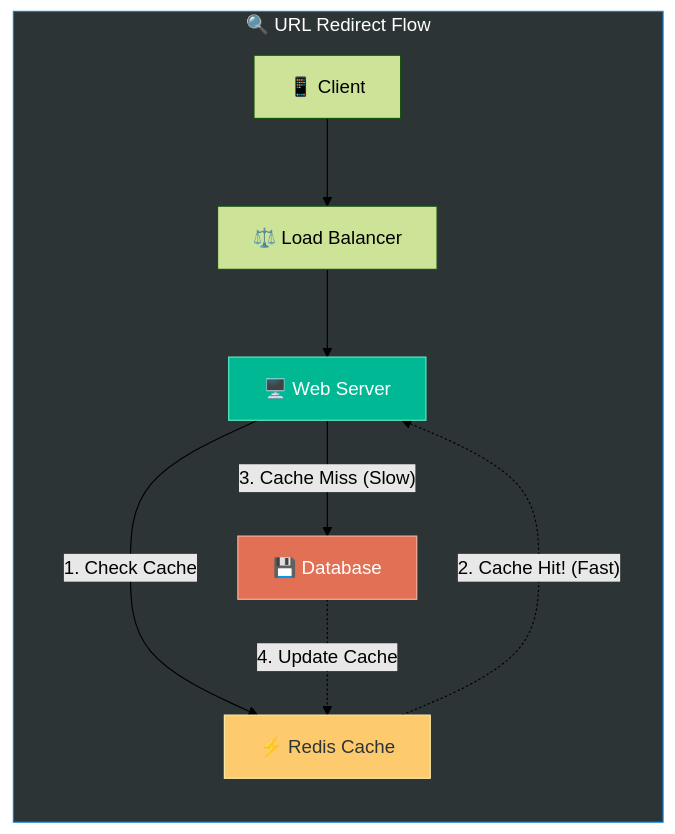
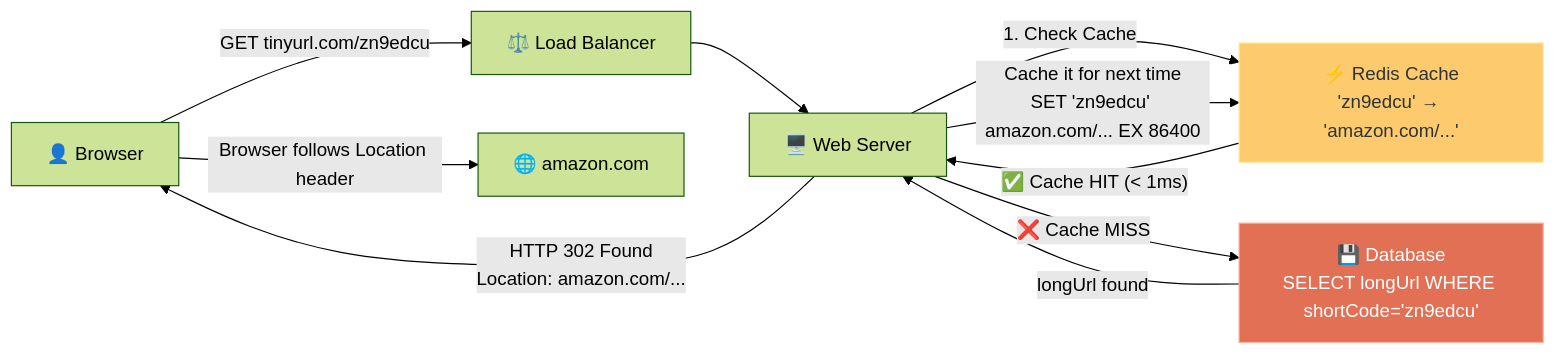
One commit to Gbirla06/systemDesign changed the fourth of 4 diagrams in HLD/chapter_8/design_a_url_shortener.md. Above: the diagram before and after it, drawn with Mermaid (forest theme). The commit also changed other lines of this file and 6 other files, not shown here.

````diff
--- a/HLD/chapter_8/design_a_url_shortener.md
+++ b/HLD/chapter_8/design_a_url_shortener.md
@@ -192,16 +333,19 @@
 ```mermaid
 graph LR
-    subgraph ReadFlow["🔍 URL Redirect Flow"]
-        C["📱 Client"] --> LB["⚖️ Load Balancer"]
-        LB --> W["🖥️ Web Server"]
-        W -->|"1. Check Cache"| CACHE["⚡ Redis Cache"]
-        CACHE -.->|"2. Cache Hit! (Fast)"| W
-        W -->|"3. Cache Miss (Slow)"| DB["💾 Database"]
-        DB -.->|"4. Update Cache"| CACHE
-    end
+    USER["👤 Browser"] -->|"GET tinyurl.com/zn9edcu"| LB["⚖️ Load Balancer"]
+    LB --> WEB["🖥️ Web Server"]
+    
+    WEB -->|"1. Check Cache"| CACHE["⚡ Redis Cache\n'zn9edcu' → 'amazon.com/...'"]
+    
+    CACHE -->|"✅ Cache HIT (< 1ms)"| WEB
+    
+    WEB -->|"❌ Cache MISS"| DB["💾 Database\nSELECT longUrl WHERE shortCode='zn9edcu'"]
+    DB -->|"longUrl found"| WEB
+    WEB -->|"Cache it for next time\nSET 'zn9edcu' amazon.com/... EX 86400"| CACHE
+    
+    WEB -->|"HTTP 302 Found\nLocation: amazon.com/..."| USER
+    USER -->|"Browser follows Location header"| DEST["🌐 amazon.com"]
 
-    style ReadFlow fill:#2d3436,stroke:#0984e3,color:#fff
     style CACHE fill:#fdcb6e,stroke:#ffeaa7,color:#2d3436
     style DB fill:#e17055,stroke:#fab1a0,color:#fff
-    style W fill:#00b894,stroke:#55efc4,color:#fff
 ```
````
